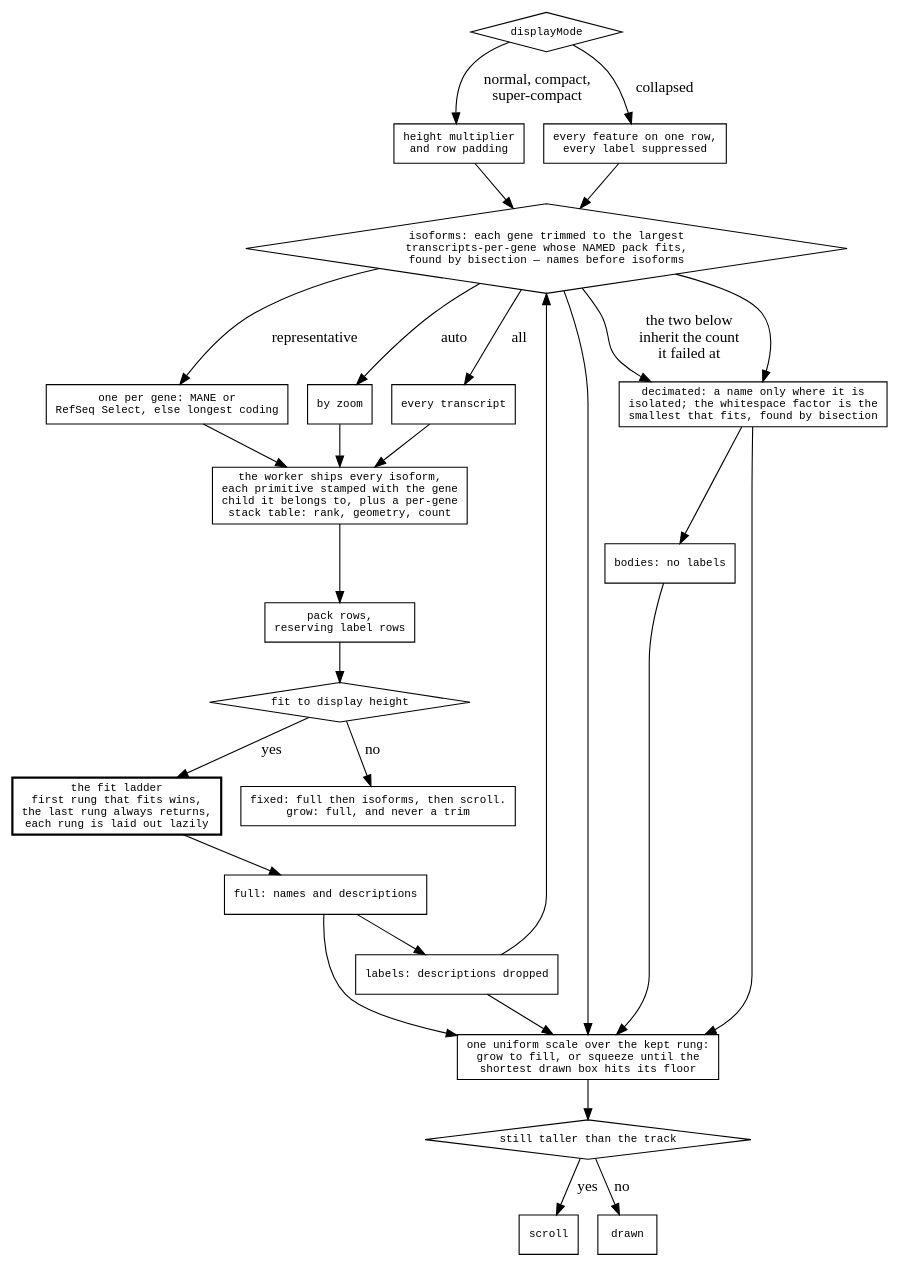
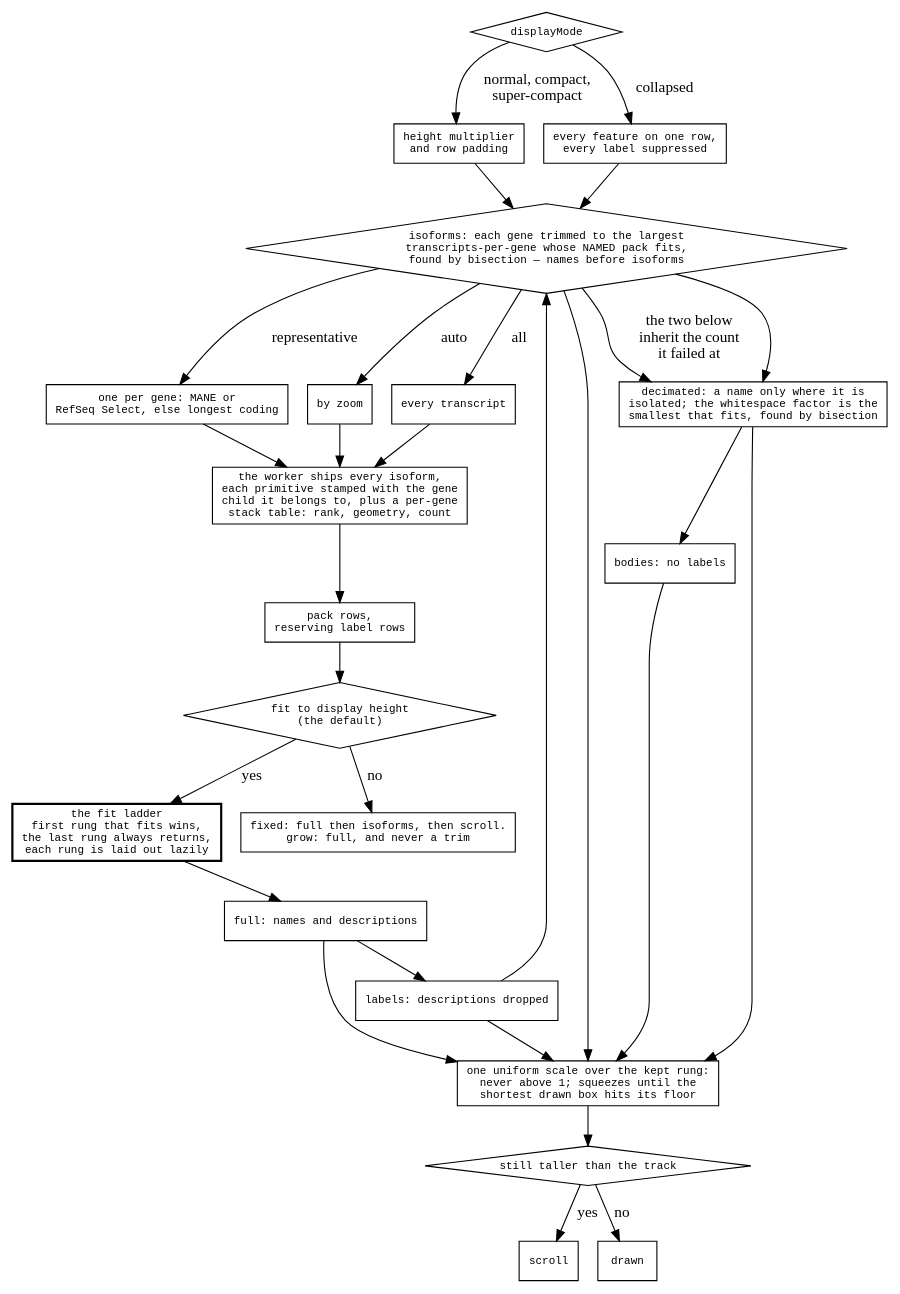
The diagram in agent-docs/mechanisms/diagrams/feature-budget.dot (GMOD/jbrowse-components), drawn with Graphviz before and after one commit. The commit also changed 11 other files, not shown here.

First line of the commit message:
Feature and variant tracks fit their height by default

```diff
--- a/agent-docs/mechanisms/diagrams/feature-budget.dot
+++ b/agent-docs/mechanisms/diagrams/feature-budget.dot
@@ -1,49 +1,49 @@
 digraph feature_budget {
   rankdir=TB
   node [shape=box fontname=monospace fontsize=10]
   { node [shape=diamond] mode; isoforms; fits; over }
 
   mode [label="displayMode"]
   mode -> sized     [label=" normal, compact,\n super-compact"]
   mode -> collapsed [label=" collapsed"]
   sized     [label="height multiplier\nand row padding"]
   collapsed [label="every feature on one row,\nevery label suppressed"]
 
   isoforms [label="geneGlyphMode"]
   sized -> isoforms  collapsed -> isoforms
   isoforms -> allt [label=" all"]
   isoforms -> one  [label=" representative"]
   isoforms -> zoom [label=" auto"]
   allt [label="every transcript"]
   one  [label="one per gene: MANE or\nRefSeq Select, else longest coding"]
   zoom [label="by zoom"]
 
   ship [label="the worker ships every isoform,\neach primitive stamped with the gene\nchild it belongs to, plus a per-gene\nstack table: rank, geometry, count"]
   allt -> ship  one -> ship  zoom -> ship
 
   pack [label="pack rows,\nreserving label rows"]
   ship -> pack -> fits
 
-  fits [label="fit to display height"]
+  fits [label="fit to display height\n(the default)"]
   fits -> plain  [label=" no"]
   fits -> ladder [label=" yes"]
   plain [label="fixed: full then isoforms, then scroll.\ngrow: full, and never a trim"]
 
   ladder [label="the fit ladder\nfirst rung that fits wins,\nthe last rung always returns,\neach rung is laid out lazily", style=bold]
   ladder -> full -> labels -> isoforms -> decimated -> bodies
   full      [label="full: names and descriptions"]
   labels    [label="labels: descriptions dropped"]
   isoforms  [label="isoforms: each gene trimmed to the largest\ntranscripts-per-gene whose NAMED pack fits,\nfound by bisection — names before isoforms"]
   decimated [label="decimated: a name only where it is\nisolated; the whitespace factor is the\nsmallest that fits, found by bisection"]
   bodies    [label="bodies: no labels"]
   isoforms -> decimated [label=" the two below\n inherit the count\n it failed at"]
 
-  scale [label="one uniform scale over the kept rung:\ngrow to fill, or squeeze until the\nshortest drawn box hits its floor"]
+  scale [label="one uniform scale over the kept rung:\nnever above 1; squeezes until the\nshortest drawn box hits its floor"]
   full -> scale  labels -> scale  isoforms -> scale  decimated -> scale  bodies -> scale
   scale -> over
   over [label="still taller than the track"]
   over -> scroll [label=" yes"]
   over -> done   [label=" no"]
   scroll [label="scroll"]
   done   [label="drawn"]
 }
```
